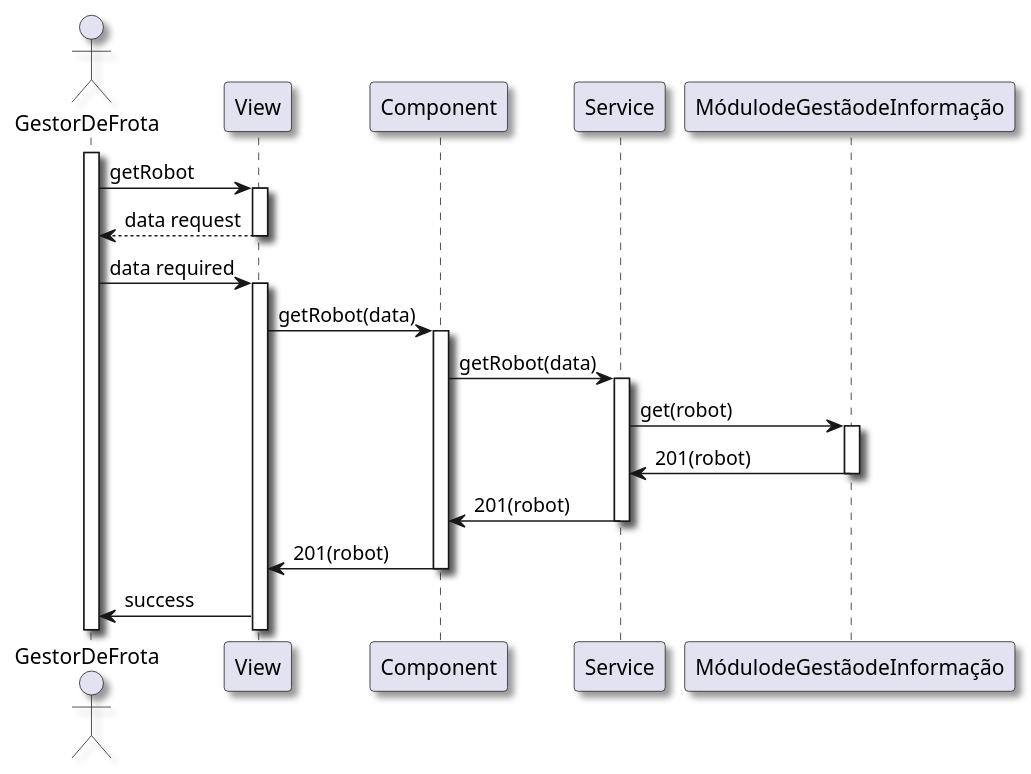
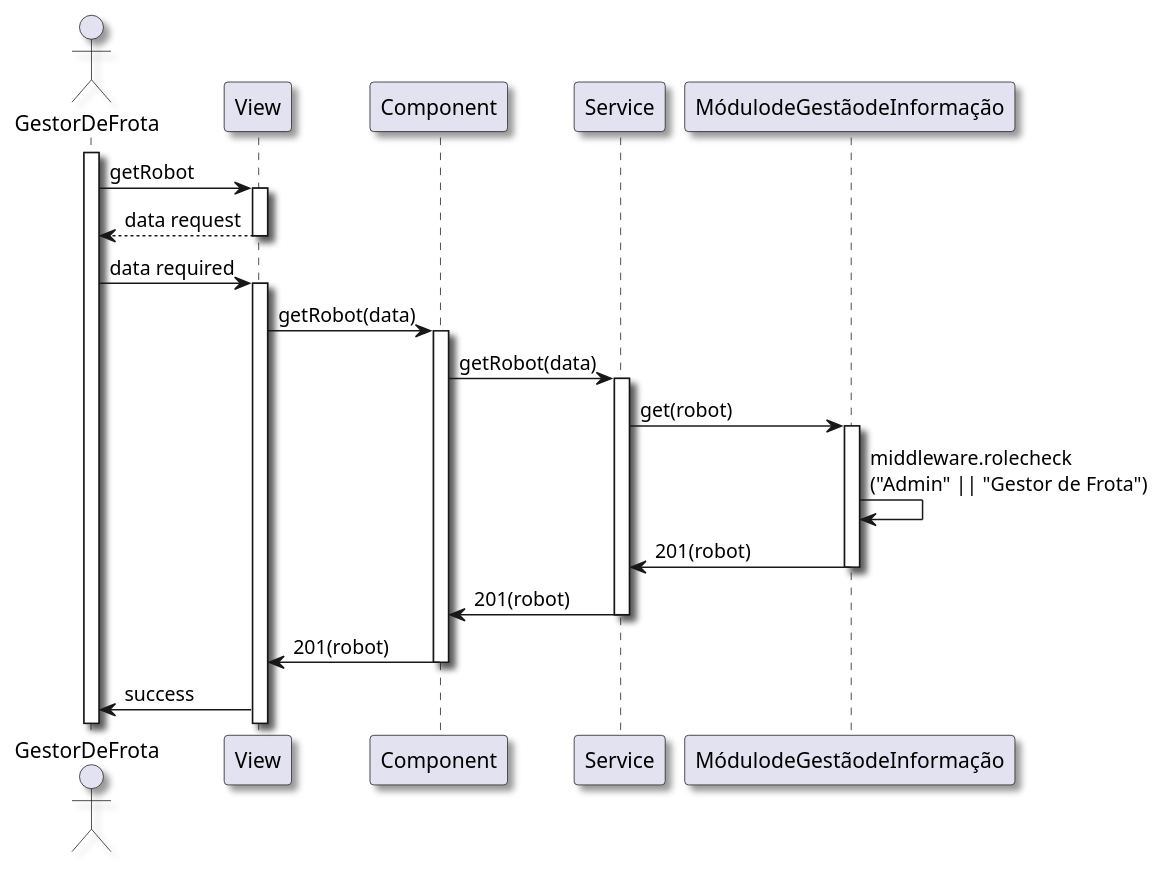
The diagram in docs/SprintB/1210913/us1030/us1030-NVL3.puml (pedrocmesquita/RobDroneGo), drawn with PlantUML before and after one commit. The commit also changed 3 other files, not shown here.

```diff
--- a/docs/SprintB/1210913/us1030/us1030-NVL3.puml
+++ b/docs/SprintB/1210913/us1030/us1030-NVL3.puml
@@ -1,31 +1,32 @@
 @startuml
 skinparam handwritten false
 skinparam monochrome false
 skinparam packageStyle rect
 skinparam defaultFontName FG Virgil
 skinparam shadowing true
 
 actor GestorDeFrota as GestorDeFrota
 
 activate GestorDeFrota
 GestorDeFrota -> View: getRobot
 activate View
 View --> GestorDeFrota: data request
 deactivate View
 GestorDeFrota -> View: data required
 activate View
 View -> Component: getRobot(data)
 activate Component
 Component -> Service: getRobot(data)
 activate Service
 Service -> MódulodeGestãodeInformação: get(robot)
 activate MódulodeGestãodeInformação
+MódulodeGestãodeInformação -> MódulodeGestãodeInformação: middleware.rolecheck\n("Admin" || "Gestor de Frota")
 MódulodeGestãodeInformação -> Service: 201(robot)
 deactivate MódulodeGestãodeInformação
 Service -> Component: 201(robot)
 deactivate Service
 Component -> View: 201(robot)
 deactivate Component
 View -> GestorDeFrota: success
 
 @enduml
```
